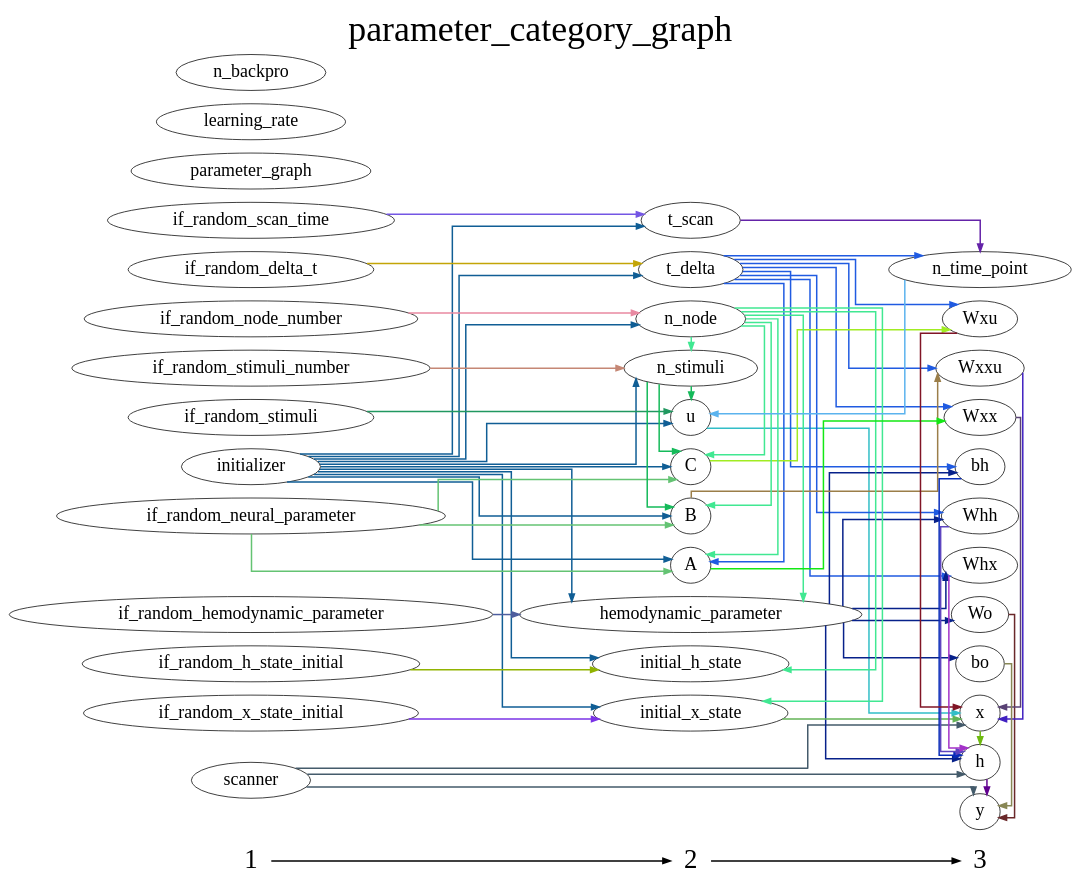
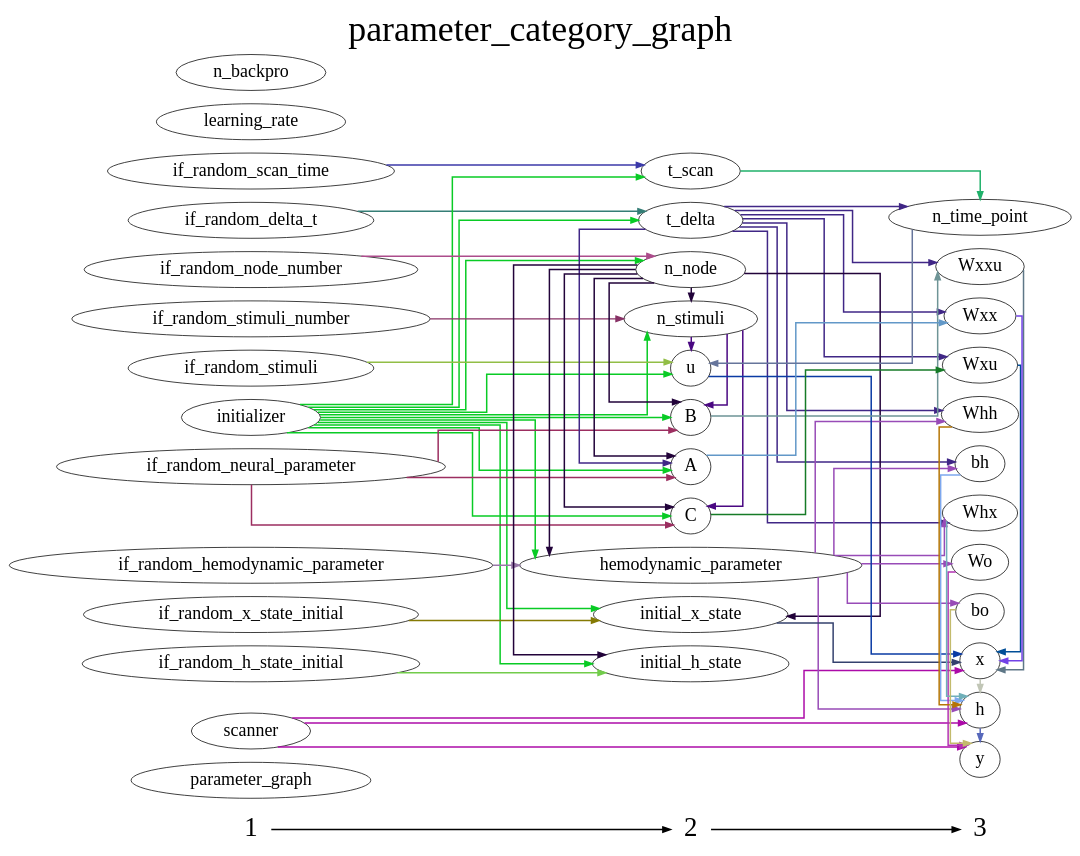
One commit to YuanWangOnward/DCM_RNN changed the diagram in DCM_RNN/documents/parameter_category_graph.gv. Above: the diagram before and after it, drawn with Graphviz. The commit also changed 4 other files, not shown here.

```diff
--- a/DCM_RNN/documents/parameter_category_graph.gv
+++ b/DCM_RNN/documents/parameter_category_graph.gv
@@ -1,132 +1,132 @@
 digraph G {
           splines=ortho;
           fontsize = 48;
           rankdir = "LR";
           node[fontsize=24];
           edge[penwidth=2];
           {
           node [shape=plaintext fontsize=36];
           1 -> 
           2 -> 
           3
           }
           {rank = same;
           1;
+          parameter_graph;
+          if_random_delta_t;
           initializer;
+          learning_rate;
+          if_random_scan_time;
+          if_random_neural_parameter;
           if_random_x_state_initial;
-          if_random_scan_time;
+          scanner;
+          n_backpro;
+          if_random_node_number;
+          if_random_stimuli;
+          if_random_h_state_initial;
+          if_random_hemodynamic_parameter;
           if_random_stimuli_number;
-          if_random_hemodynamic_parameter;
-          scanner;
-          parameter_graph;
-          if_random_node_number;
-          learning_rate;
-          n_backpro;
-          if_random_h_state_initial;
-          if_random_stimuli;
-          if_random_neural_parameter;
-          if_random_delta_t;
           }
           {rank = same;
           2;
+          t_delta;
+          n_node;
+          n_stimuli;
+          hemodynamic_parameter;
           u;
-          t_delta;
-          n_stimuli;
-          t_scan;
-          hemodynamic_parameter;
+          initial_h_state;
+          B;
           C;
-          B;
-          n_node;
-          initial_h_state;
           A;
           initial_x_state;
+          t_scan;
           }
           {rank = same;
           3;
+          n_time_point;
+          Wxu;
+          bh;
+          Wxxu;
           Wo;
-          bh;
+          Wxx;
+          x;
+          h;
+          Whx;
           Whh;
-          n_time_point;
-          x;
-          Wxx;
-          Wxxu;
-          Wxu;
-          Whx;
-          h;
+          y;
           bo;
-          y;
           }
-          u -> x [color="#32BEC7"];
-          Wo -> y [color="#6A282A"];
-          t_delta -> A [color="#205BE1"];
-          t_delta -> Whh [color="#205BE1"];
-          t_delta -> Wxxu [color="#205BE1"];
-          t_delta -> Wxu [color="#205BE1"];
-          t_delta -> Whx [color="#205BE1"];
-          t_delta -> n_time_point [color="#205BE1"];
-          t_delta -> Wxx [color="#205BE1"];
-          t_delta -> bh [color="#205BE1"];
-          initializer -> A [color="#105E95"];
-          initializer -> t_scan [color="#105E95"];
-          initializer -> C [color="#105E95"];
-          initializer -> B [color="#105E95"];
-          initializer -> u [color="#105E95"];
-          initializer -> t_delta [color="#105E95"];
-          initializer -> hemodynamic_parameter [color="#105E95"];
-          initializer -> n_node [color="#105E95"];
-          initializer -> initial_h_state [color="#105E95"];
-          initializer -> n_stimuli [color="#105E95"];
-          initializer -> initial_x_state [color="#105E95"];
-          if_random_x_state_initial -> initial_x_state [color="#7A33E6"];
+          t_delta -> Wxu [color="#402786"];
+          t_delta -> Whx [color="#402786"];
+          t_delta -> Wxx [color="#402786"];
+          t_delta -> A [color="#402786"];
+          t_delta -> n_time_point [color="#402786"];
+          t_delta -> bh [color="#402786"];
+          t_delta -> Whh [color="#402786"];
+          t_delta -> Wxxu [color="#402786"];
+          n_time_point -> u [color="#66759B"];
+          initial_x_state -> x [color="#34416E"];
+          Wxu -> x [color="#014E97"];
+          n_stimuli -> u [color="#4A0882"];
+          n_stimuli -> C [color="#4A0882"];
+          n_stimuli -> B [color="#4A0882"];
+          n_node -> n_stimuli [color="#22033A"];
+          n_node -> hemodynamic_parameter [color="#22033A"];
+          n_node -> initial_h_state [color="#22033A"];
+          n_node -> C [color="#22033A"];
+          n_node -> A [color="#22033A"];
+          n_node -> B [color="#22033A"];
+          n_node -> initial_x_state [color="#22033A"];
+          bh -> h [color="#7EA8EE"];
+          if_random_delta_t -> t_delta [color="#357E76"];
+          initializer -> t_delta [color="#09CB25"];
+          initializer -> n_node [color="#09CB25"];
+          initializer -> n_stimuli [color="#09CB25"];
+          initializer -> hemodynamic_parameter [color="#09CB25"];
+          initializer -> u [color="#09CB25"];
+          initializer -> initial_h_state [color="#09CB25"];
+          initializer -> C [color="#09CB25"];
+          initializer -> A [color="#09CB25"];
+          initializer -> B [color="#09CB25"];
+          initializer -> t_scan [color="#09CB25"];
+          initializer -> initial_x_state [color="#09CB25"];
+          learning_rate ;
+          if_random_stimuli -> u [color="#92BE46"];
+          Wxxu -> x [color="#5E7787"];
+          Wo -> y [color="#B332B3"];
+          if_random_scan_time -> t_scan [color="#3B39A9"];
+          if_random_neural_parameter -> C [color="#9C2E60"];
+          if_random_neural_parameter -> A [color="#9C2E60"];
+          if_random_neural_parameter -> B [color="#9C2E60"];
+          Whh -> h [color="#B57505"];
+          if_random_x_state_initial -> initial_x_state [color="#857A04"];
+          scanner -> x [color="#AC0BA8"];
+          scanner -> h [color="#AC0BA8"];
+          scanner -> y [color="#AC0BA8"];
+          hemodynamic_parameter -> Wo [color="#984BB7"];
+          hemodynamic_parameter -> Whx [color="#984BB7"];
+          hemodynamic_parameter -> bh [color="#984BB7"];
+          hemodynamic_parameter -> Whh [color="#984BB7"];
+          hemodynamic_parameter -> h [color="#984BB7"];
+          hemodynamic_parameter -> bo [color="#984BB7"];
+          parameter_graph ;
+          u -> x [color="#0A3BA4"];
+          Wxx -> x [color="#7242E7"];
           initial_h_state ;
+          if_random_h_state_initial -> initial_h_state [color="#72CC4B"];
           n_backpro ;
-          n_stimuli -> C [color="#15BA5A"];
-          n_stimuli -> B [color="#15BA5A"];
-          n_stimuli -> u [color="#15BA5A"];
-          t_scan -> n_time_point [color="#6423A8"];
-          hemodynamic_parameter -> Whh [color="#07218A"];
-          hemodynamic_parameter -> bo [color="#07218A"];
-          hemodynamic_parameter -> Whx [color="#07218A"];
-          hemodynamic_parameter -> Wo [color="#07218A"];
-          hemodynamic_parameter -> h [color="#07218A"];
-          hemodynamic_parameter -> bh [color="#07218A"];
-          if_random_scan_time -> t_scan [color="#7456E4"];
-          C -> Wxu [color="#A1EC22"];
-          B -> Wxxu [color="#9B7E49"];
-          Wxx -> x [color="#594275"];
-          n_node -> A [color="#41E892"];
-          n_node -> C [color="#41E892"];
-          n_node -> B [color="#41E892"];
-          n_node -> hemodynamic_parameter [color="#41E892"];
-          n_node -> initial_h_state [color="#41E892"];
-          n_node -> n_stimuli [color="#41E892"];
-          n_node -> initial_x_state [color="#41E892"];
-          if_random_hemodynamic_parameter -> hemodynamic_parameter [color="#4E5E9E"];
-          scanner -> x [color="#445B6B"];
-          scanner -> h [color="#445B6B"];
-          scanner -> y [color="#445B6B"];
-          parameter_graph ;
-          if_random_node_number -> n_node [color="#E889A1"];
-          A -> Wxx [color="#13E814"];
-          n_time_point -> u [color="#5BB3EE"];
-          learning_rate ;
-          h -> y [color="#60018E"];
-          Whh -> h [color="#5E45C0"];
-          if_random_h_state_initial -> initial_h_state [color="#91B301"];
-          x -> h [color="#6EB910"];
-          bo -> y [color="#888755"];
-          if_random_stimuli -> u [color="#219860"];
-          if_random_neural_parameter -> A [color="#64C373"];
-          if_random_neural_parameter -> C [color="#64C373"];
-          if_random_neural_parameter -> B [color="#64C373"];
-          if_random_stimuli_number -> n_stimuli [color="#C58775"];
-          Wxxu -> x [color="#4020C1"];
-          Wxu -> x [color="#801526"];
-          Whx -> h [color="#A332C8"];
-          if_random_delta_t -> t_delta [color="#C3A507"];
-          bh -> h [color="#072CB9"];
+          bo -> y [color="#C3BB6C"];
+          x -> h [color="#C1C6B6"];
+          C -> Wxu [color="#167B27"];
+          h -> y [color="#5768BB"];
+          A -> Wxx [color="#6298C8"];
+          B -> Wxxu [color="#6E9496"];
+          if_random_hemodynamic_parameter -> hemodynamic_parameter [color="#9978A9"];
+          Whx -> h [color="#70B0B9"];
+          if_random_stimuli_number -> n_stimuli [color="#873165"];
           y ;
-          initial_x_state -> x [color="#63B356"];
+          if_random_node_number -> n_node [color="#AC4C8B"];
+          t_scan -> n_time_point [color="#21B16B"];
           labelloc = "t";
           label = "parameter_category_graph";
 }
```
